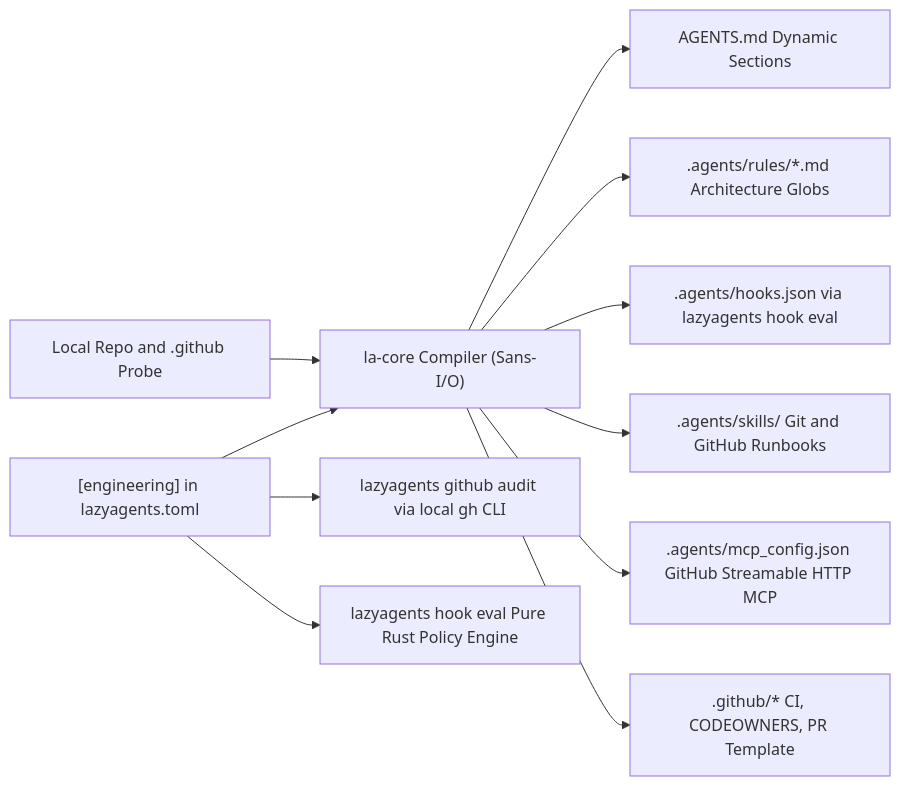
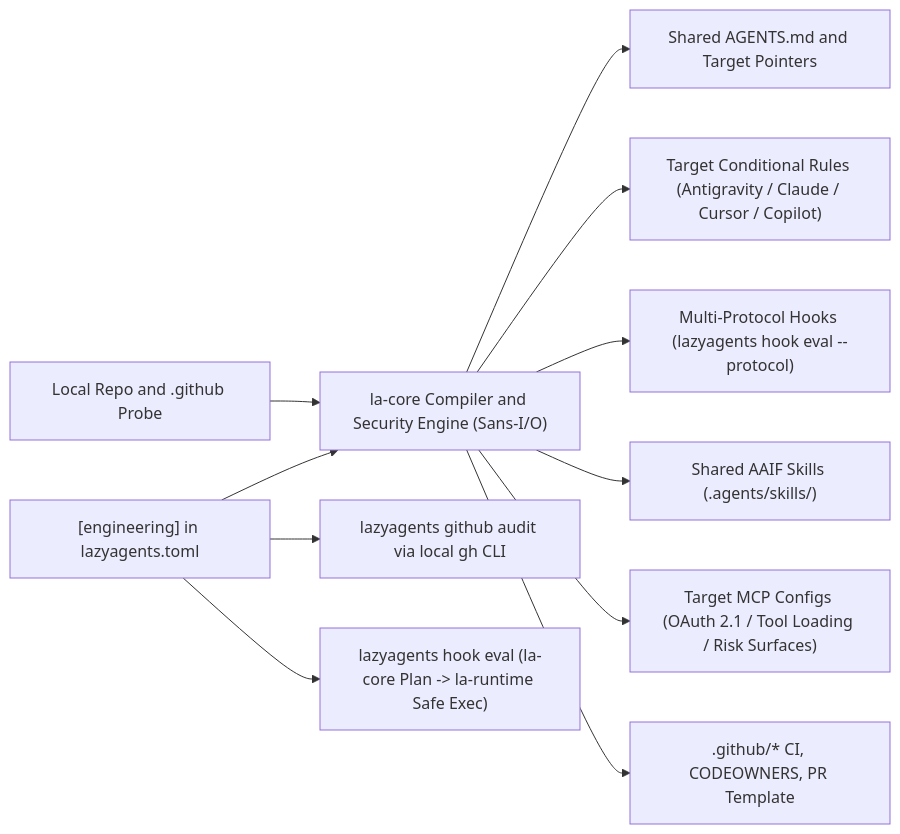
Before and after one commit to lazyaix/lazyagents: the first of 2 diagrams in docs/architecture.md, drawn with Mermaid. The commit also changed other lines of this file and 3 other files, not shown here.

First line of the commit message:
docs(arch): align architecture and TUI specs with 2026 methodology and M4/M5 plan (#27)

````diff
--- a/docs/architecture.md
+++ b/docs/architecture.md
@@ -82,13 +91,13 @@
 ```mermaid
 flowchart LR
-    Policy["[engineering] in lazyagents.toml"] --> Core["la-core Compiler (Sans-I/O)"]
+    Policy["[engineering] in lazyagents.toml"] --> Core["la-core Compiler and Security Engine (Sans-I/O)"]
     Probe["Local Repo and .github Probe"] --> Core
-    Core --> AgentsMd["AGENTS.md Dynamic Sections"]
-    Core --> Rules[".agents/rules/*.md Architecture Globs"]
-    Core --> Hooks[".agents/hooks.json via lazyagents hook eval"]
-    Core --> Skills[".agents/skills/ Git and GitHub Runbooks"]
-    Core --> Mcp[".agents/mcp_config.json GitHub Streamable HTTP MCP"]
+    Core --> AgentsMd["Shared AGENTS.md and Target Pointers"]
+    Core --> Rules["Target Conditional Rules (Antigravity / Claude / Cursor / Copilot)"]
+    Core --> Hooks["Multi-Protocol Hooks (lazyagents hook eval --protocol)"]
+    Core --> Skills["Shared AAIF Skills (.agents/skills/)"]
+    Core --> Mcp["Target MCP Configs (OAuth 2.1 / Tool Loading / Risk Surfaces)"]
     Core --> Github[".github/* CI, CODEOWNERS, PR Template"]
     Policy --> GhAudit["lazyagents github audit via local gh CLI"]
-    Policy --> HookEval["lazyagents hook eval Pure Rust Policy Engine"]
+    Policy --> HookEval["lazyagents hook eval (la-core Plan -> la-runtime Safe Exec)"]
 ```
````
